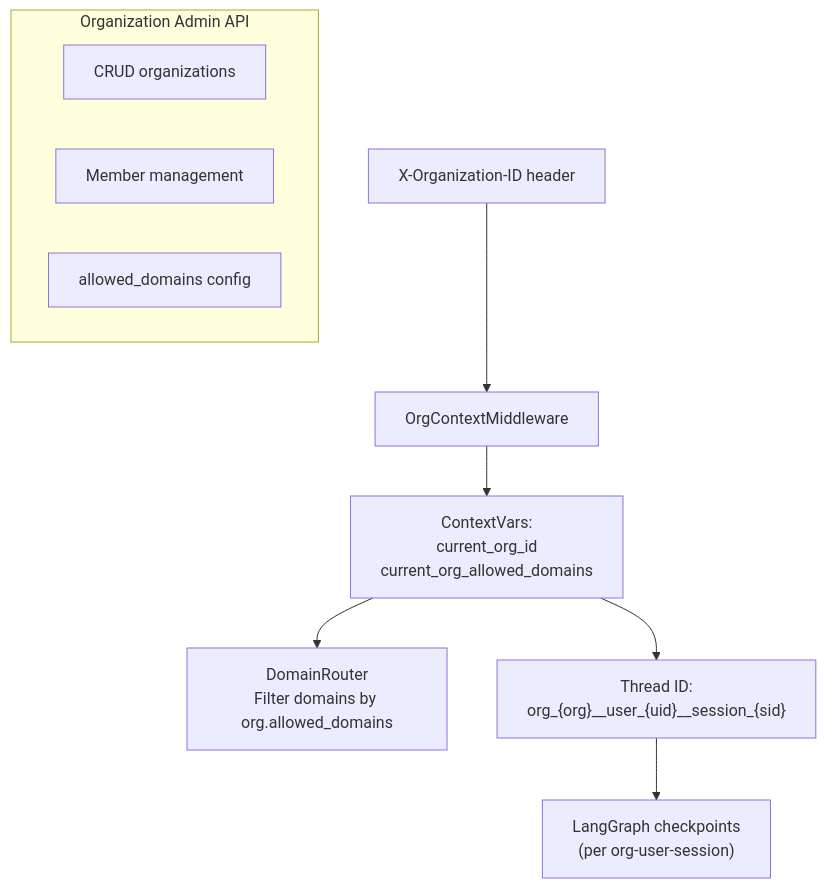
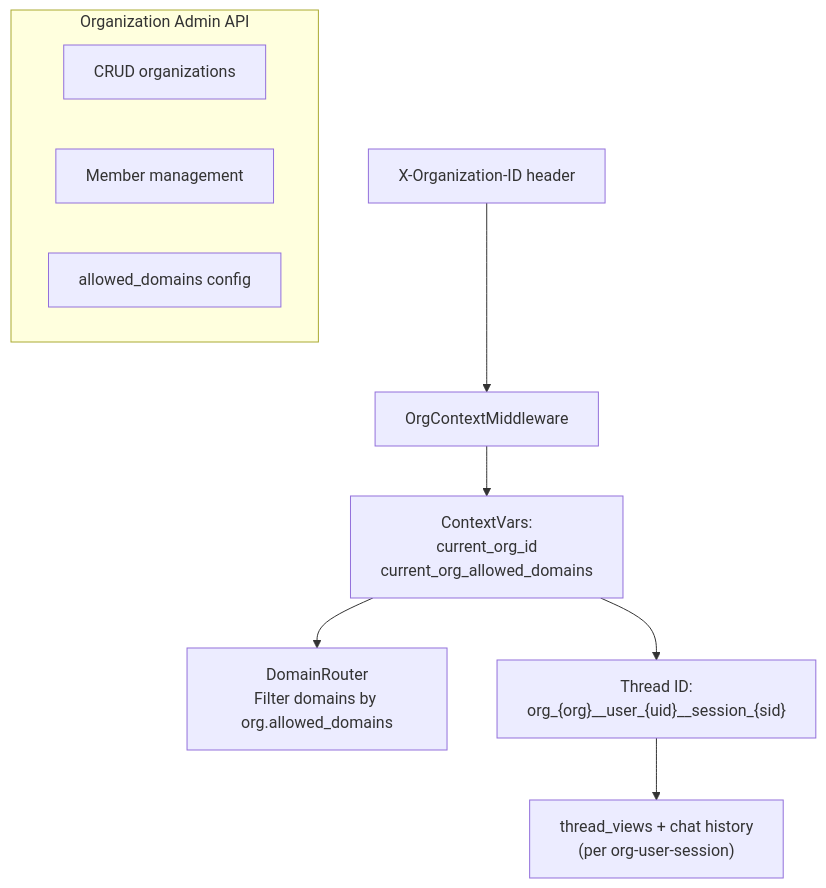
Diagram 13 of 26 in maritime-ai-service/docs/architecture/SYSTEM_ARCHITECTURE.md (meiiie/wiii), drawn with Mermaid before and after one commit. The commit also changed other lines of this file and 18 other files, not shown here.

First line of the commit message:
docs: align architecture with WiiiRunner runtime (#143)

````diff
--- a/maritime-ai-service/docs/architecture/SYSTEM_ARCHITECTURE.md
+++ b/maritime-ai-service/docs/architecture/SYSTEM_ARCHITECTURE.md
@@ -1096,15 +1096,15 @@
 ```mermaid
 flowchart TB
     HDR["X-Organization-ID header"] --> MW["OrgContextMiddleware"]
     MW --> CV["ContextVars:<br/>current_org_id<br/>current_org_allowed_domains"]
 
     CV --> DR["DomainRouter<br/>Filter domains by org.allowed_domains"]
     CV --> TID["Thread ID:<br/>org_{org}__user_{uid}__session_{sid}"]
-    TID --> CHECK["LangGraph checkpoints<br/>(per org-user-session)"]
+    TID --> CHECK["thread_views + chat history<br/>(per org-user-session)"]
 
     subgraph Admin["Organization Admin API"]
         CRUD["CRUD organizations"]
         MEM["Member management"]
         DOM["allowed_domains config"]
     end
 ```
````
